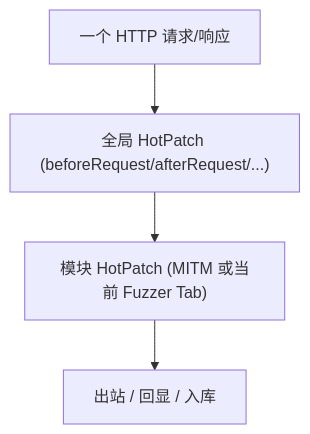
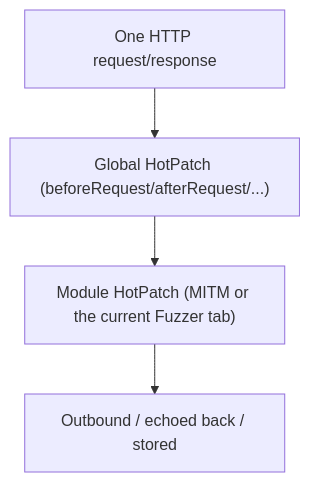
One commit to DangerousSONG/attack_skills_for_agent changed the first of 2 diagrams in yak-skills/global-hotpatch/SKILL.md. Above: the diagram before and after it, drawn with Mermaid. The commit also changed other lines of this file and 2116 other files, not shown here.

````diff
--- a/yak-skills/global-hotpatch/SKILL.md
+++ b/yak-skills/global-hotpatch/SKILL.md
@@ -29,6 +30,6 @@
 ```mermaid
 flowchart TB
-    Flow["一个 HTTP 请求/响应"] --> G["全局 HotPatch (beforeRequest/afterRequest/...)"]
-    G --> M["模块 HotPatch (MITM 或当前 Fuzzer Tab)"]
-    M --> Done["出站 / 回显 / 入库"]
+    Flow["One HTTP request/response"] --> G["Global HotPatch (beforeRequest/afterRequest/...)"]
+    G --> M["Module HotPatch (MITM or the current Fuzzer tab)"]
+    M --> Done["Outbound / echoed back / stored"]
 ```
````
